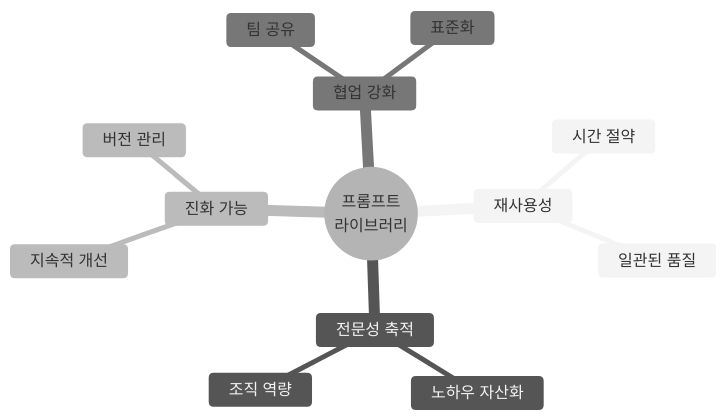
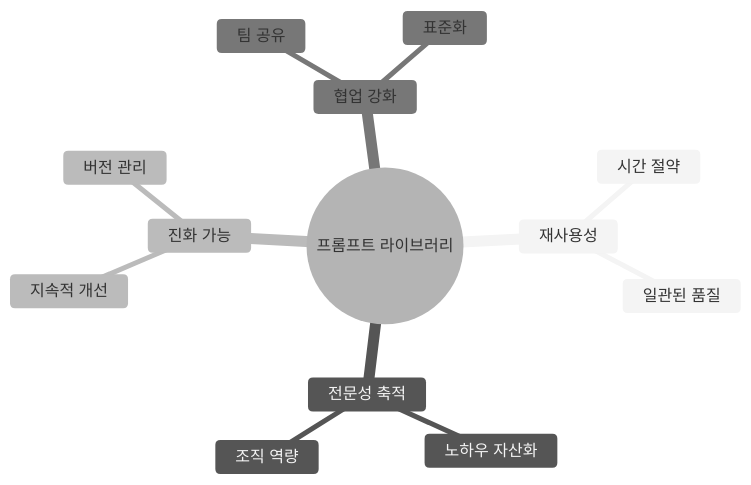
The fourth of 4 diagrams in _md/essentials-vibecoding/chapter04/04-4.md (nugurejeil/weniVooks), drawn with Mermaid (neutral theme) before and after one commit. The commit also changed other lines of this file and 133 other files, not shown here.

````diff
--- a/_md/essentials-vibecoding/chapter04/04-4.md
+++ b/_md/essentials-vibecoding/chapter04/04-4.md
@@ -212,16 +227,16 @@
 ```mermaid
 mindmap
-  root((프롬프트<br/>라이브러리))
+  root(("프롬프트 라이브러리"))
     재사용성
       시간 절약
       일관된 품질
     전문성 축적
       노하우 자산화
       조직 역량
     진화 가능
       지속적 개선
       버전 관리
     협업 강화
       팀 공유
       표준화
 ```
````
